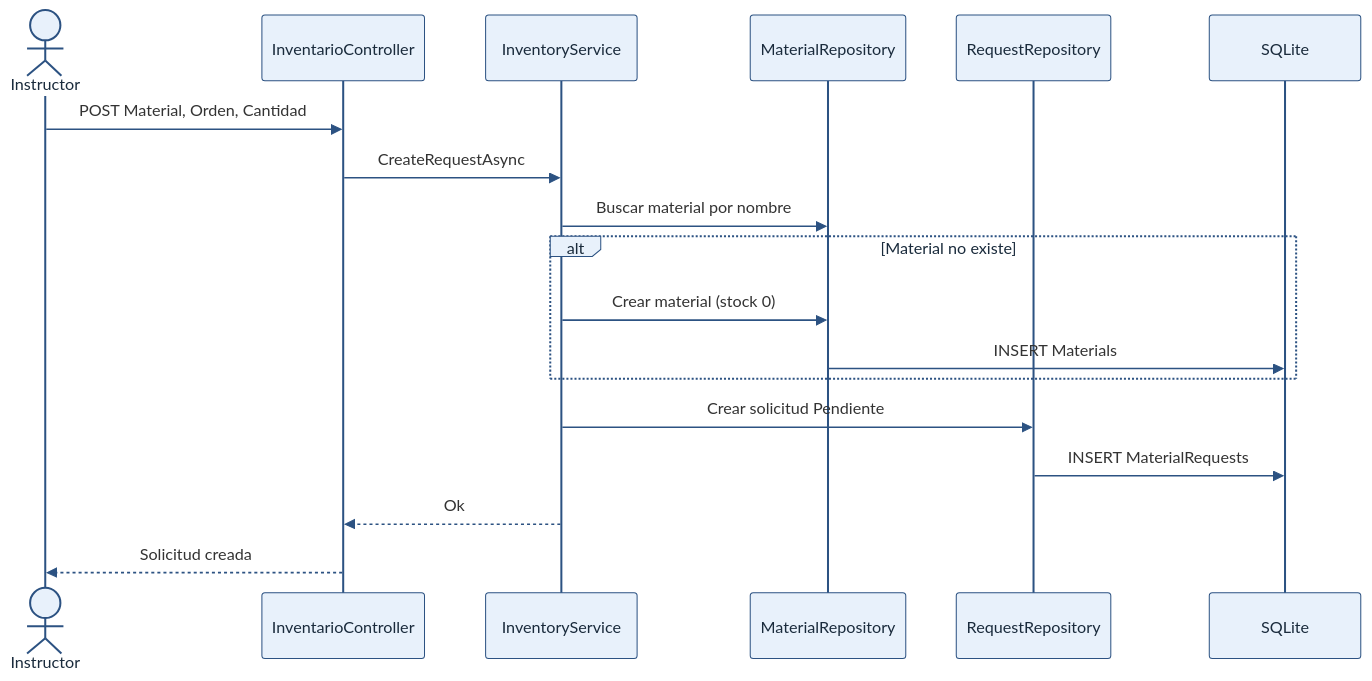
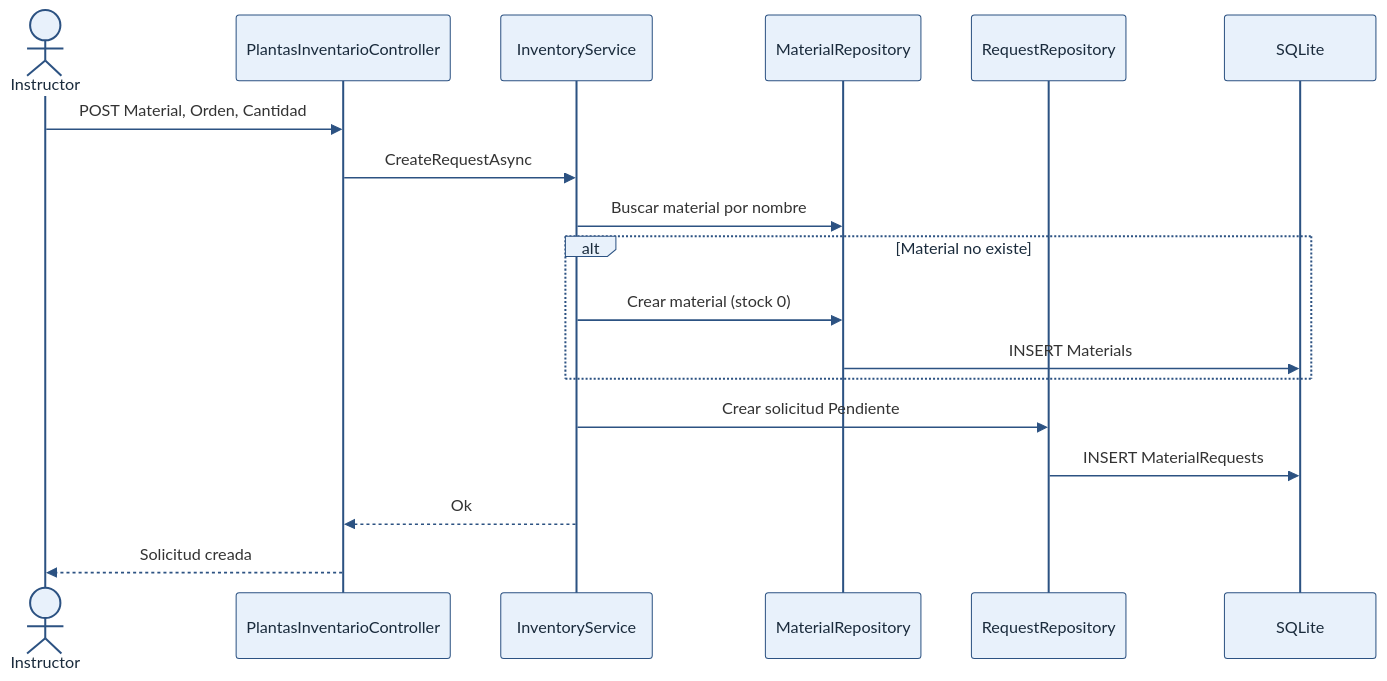
The diagram in docs/diagramas/src/05-secuencia-solicitar.mmd (COSTEsincelejo/-SIPITEX), drawn with Mermaid before and after one commit. The commit also changed 28 other files, not shown here.

First line of the commit message:
feat: dejar Plantas de inventario como único módulo de stock

```diff
--- a/docs/diagramas/src/05-secuencia-solicitar.mmd
+++ b/docs/diagramas/src/05-secuencia-solicitar.mmd
@@ -1,20 +1,20 @@
 %%{init: {'theme': 'base', 'themeVariables': { 'actorBkg': '#e8f1fb', 'actorBorder': '#2c5282', 'actorTextColor': '#1a2b3c', 'signalColor': '#2c5282', 'noteBkgColor': '#fff7ed', 'fontFamily': 'Segoe UI, Arial, sans-serif'}}}%%
 sequenceDiagram
   actor I as Instructor
-  participant V as InventarioController
+  participant V as PlantasInventarioController
   participant S as InventoryService
   participant MR as MaterialRepository
   participant RR as RequestRepository
   participant DB as SQLite
 
   I->>V: POST Material, Orden, Cantidad
   V->>S: CreateRequestAsync
   S->>MR: Buscar material por nombre
   alt Material no existe
     S->>MR: Crear material (stock 0)
     MR->>DB: INSERT Materials
   end
   S->>RR: Crear solicitud Pendiente
   RR->>DB: INSERT MaterialRequests
   S-->>V: Ok
   V-->>I: Solicitud creada
```
